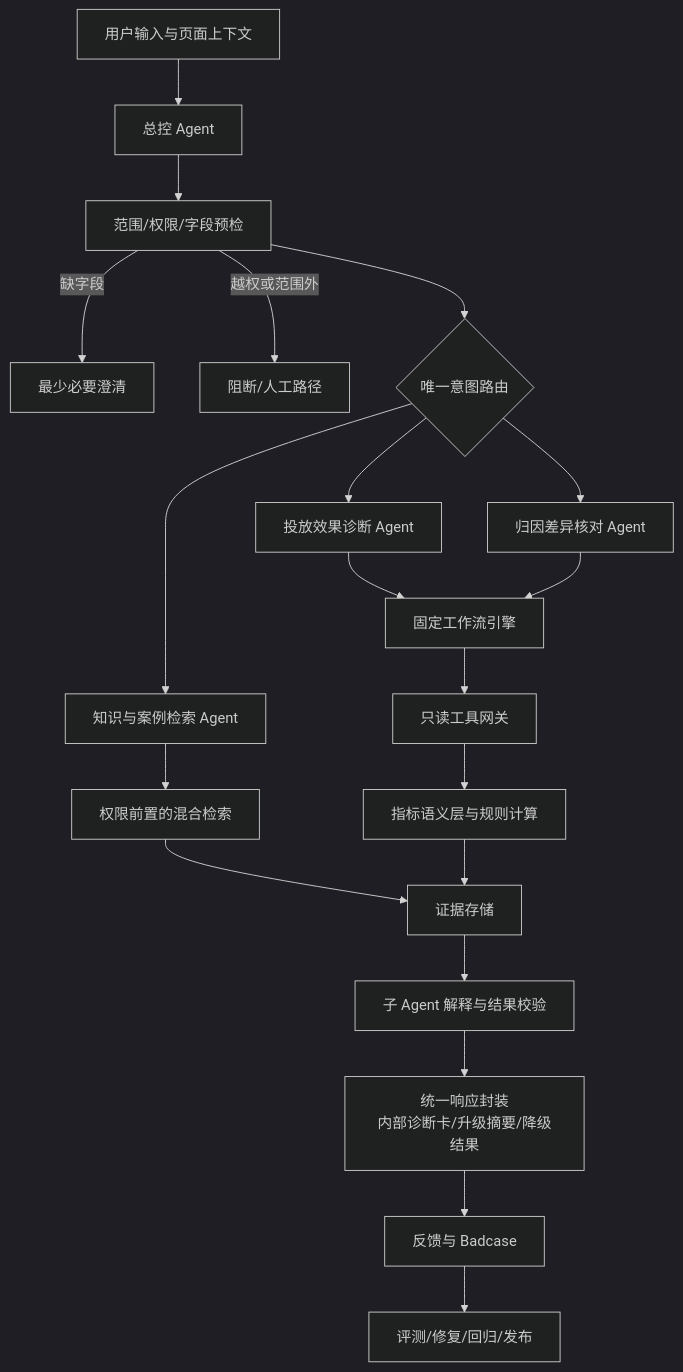
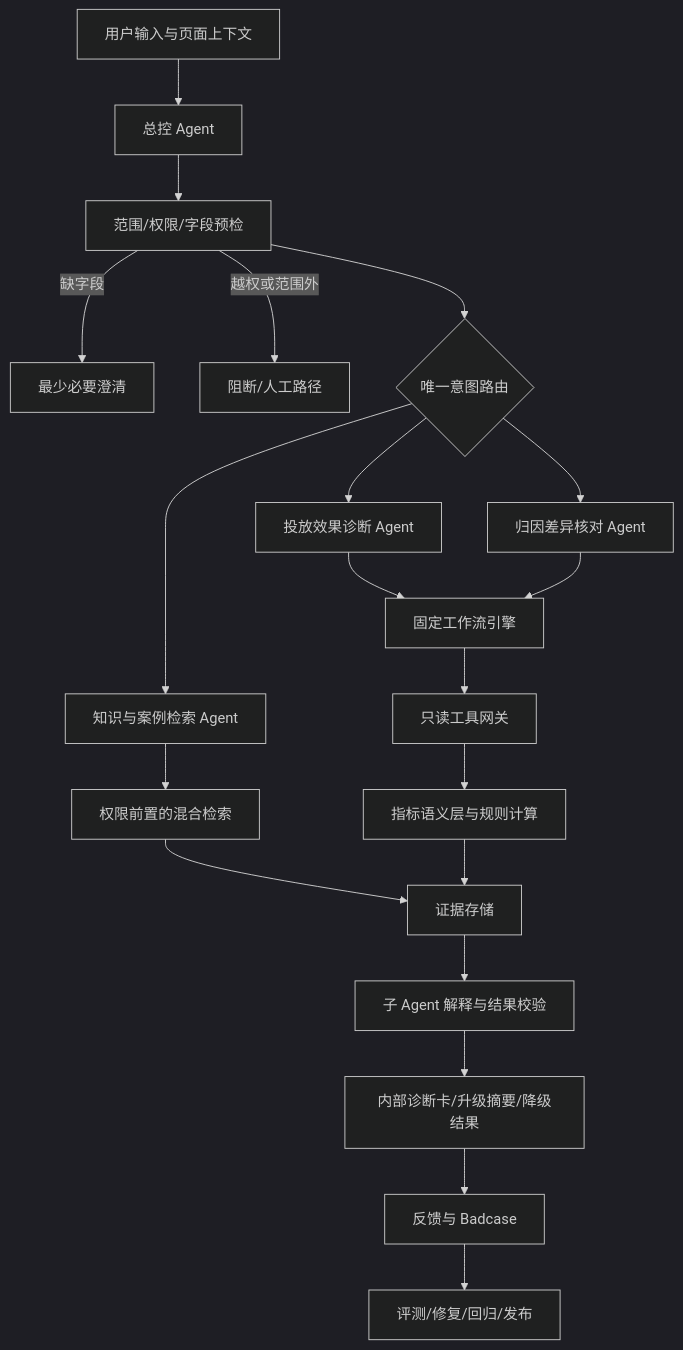
The first of 3 diagrams in 03_prd/adops_attribution_layered_prd_v5/02-solution.md (linkaka970105/ai-pm-adops-copilot), drawn with Mermaid (dark theme) before and after one commit. The commit also changed other lines of this file and 3 other files, not shown here.

````diff
--- a/03_prd/adops_attribution_layered_prd_v5/02-solution.md
+++ b/03_prd/adops_attribution_layered_prd_v5/02-solution.md
@@ -68,22 +68,22 @@
 ```mermaid
 flowchart TD
   U[用户输入与页面上下文] --> MC[总控 Agent]
   MC --> PRE[范围/权限/字段预检]
   PRE -->|缺字段| CL[最少必要澄清]
   PRE -->|越权或范围外| STOP[阻断/人工路径]
   PRE --> ROUTE{唯一意图路由}
   ROUTE --> PERF[投放效果诊断 Agent]
   ROUTE --> ATTR[归因差异核对 Agent]
   ROUTE --> KNOW[知识与案例检索 Agent]
   PERF --> WF[固定工作流引擎]
   ATTR --> WF
   KNOW --> RET[权限前置的混合检索]
   WF --> TG[只读工具网关]
   TG --> SEM[指标语义层与规则计算]
   RET --> ES[证据存储]
   SEM --> ES
   ES --> SYN[子 Agent 解释与结果校验]
-  SYN --> OUT[统一响应封装<br/>内部诊断卡/升级摘要/降级结果]
+  SYN --> OUT[内部诊断卡/升级摘要/降级结果]
   OUT --> FB[反馈与 Badcase]
   FB --> EVAL[评测/修复/回归/发布]
 ```
````
